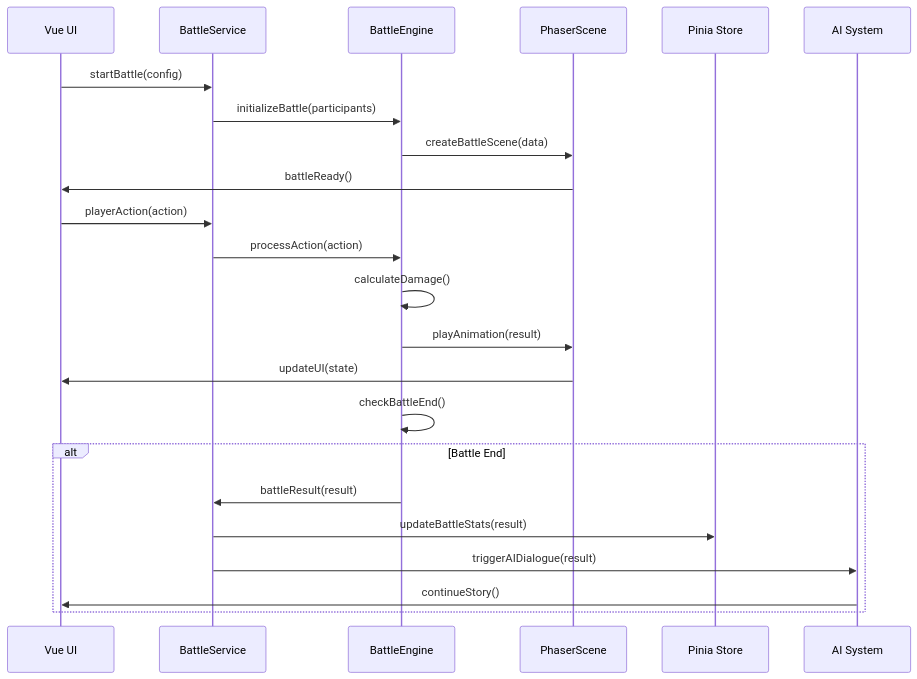
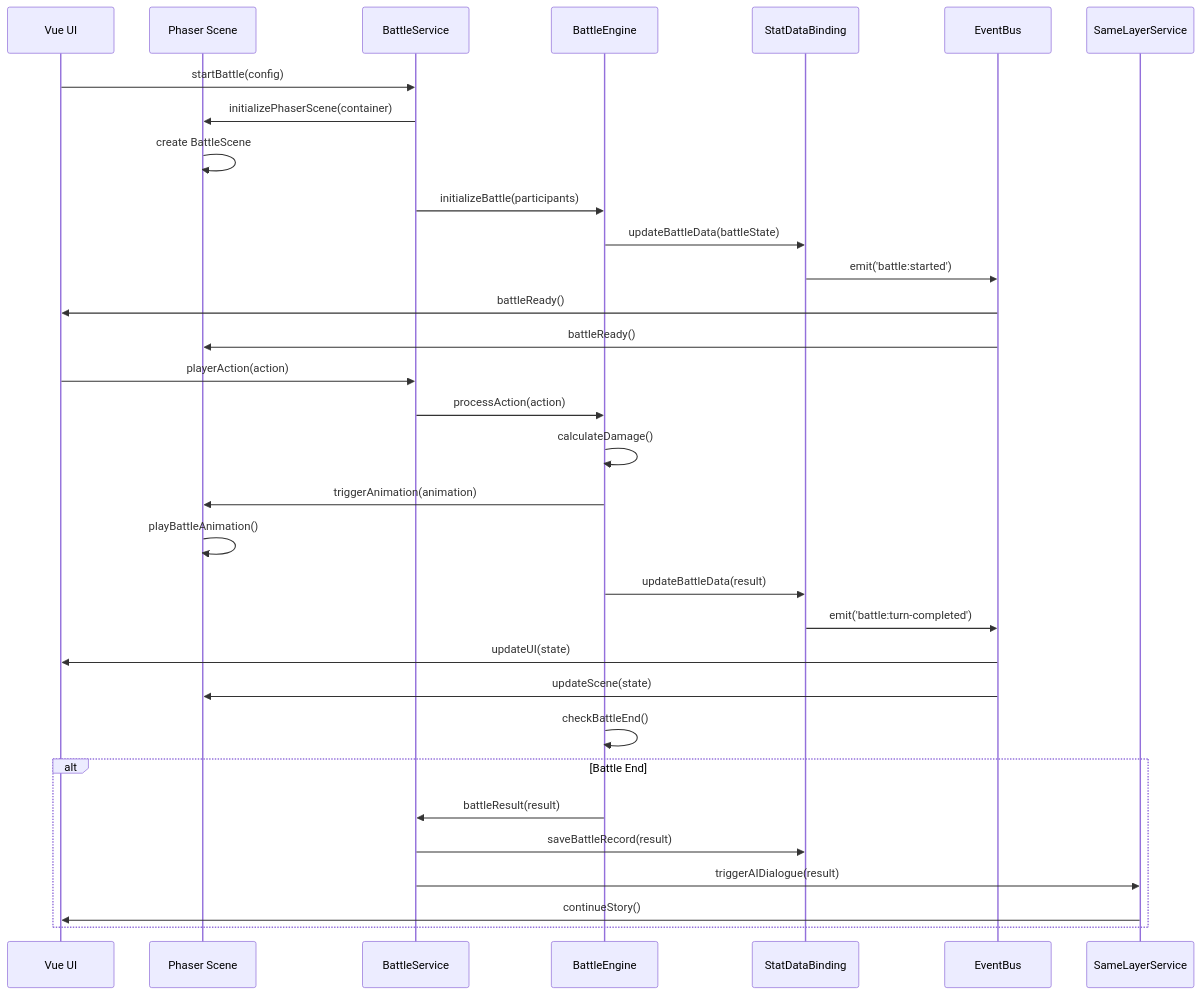
The diagram in .memory_bank/同层游玩RPG专属/同层游玩RPG_remake/battle_system_architecture.md (EtherealStar/my_tavern_card), drawn with Mermaid before and after one commit. The commit also changed other lines of this file and 89 other files, not shown here.

````diff
--- a/.memory_bank/同层游玩RPG专属/同层游玩RPG_remake/battle_system_architecture.md
+++ b/.memory_bank/同层游玩RPG专属/同层游玩RPG_remake/battle_system_architecture.md
@@ -252,28 +685,37 @@
 ```mermaid
 sequenceDiagram
-    participant UI as Vue UI
+    participant Vue as Vue UI
+    participant Phaser as Phaser Scene
     participant BS as BattleService
     participant BE as BattleEngine
-    participant PS as PhaserScene
-    participant Store as Pinia Store
-    participant AI as AI System
+    participant SDB as StatDataBinding
+    participant EventBus as EventBus
+    participant AI as SameLayerService
     
-    UI->>BS: startBattle(config)
+    Vue->>BS: startBattle(config)
+    BS->>Phaser: initializePhaserScene(container)
+    Phaser->>Phaser: create BattleScene
     BS->>BE: initializeBattle(participants)
-    BE->>PS: createBattleScene(data)
-    PS->>UI: battleReady()
+    BE->>SDB: updateBattleData(battleState)
+    SDB->>EventBus: emit('battle:started')
+    EventBus->>Vue: battleReady()
+    EventBus->>Phaser: battleReady()
     
-    UI->>BS: playerAction(action)
+    Vue->>BS: playerAction(action)
     BS->>BE: processAction(action)
     BE->>BE: calculateDamage()
-    BE->>PS: playAnimation(result)
-    PS->>UI: updateUI(state)
+    BE->>Phaser: triggerAnimation(animation)
+    Phaser->>Phaser: playBattleAnimation()
+    BE->>SDB: updateBattleData(result)
+    SDB->>EventBus: emit('battle:turn-completed')
+    EventBus->>Vue: updateUI(state)
+    EventBus->>Phaser: updateScene(state)
     
     BE->>BE: checkBattleEnd()
     alt Battle End
         BE->>BS: battleResult(result)
-        BS->>Store: updateBattleStats(result)
+        BS->>SDB: saveBattleRecord(result)
         BS->>AI: triggerAIDialogue(result)
-        AI->>UI: continueStory()
+        AI->>Vue: continueStory()
     end
 ```
````
